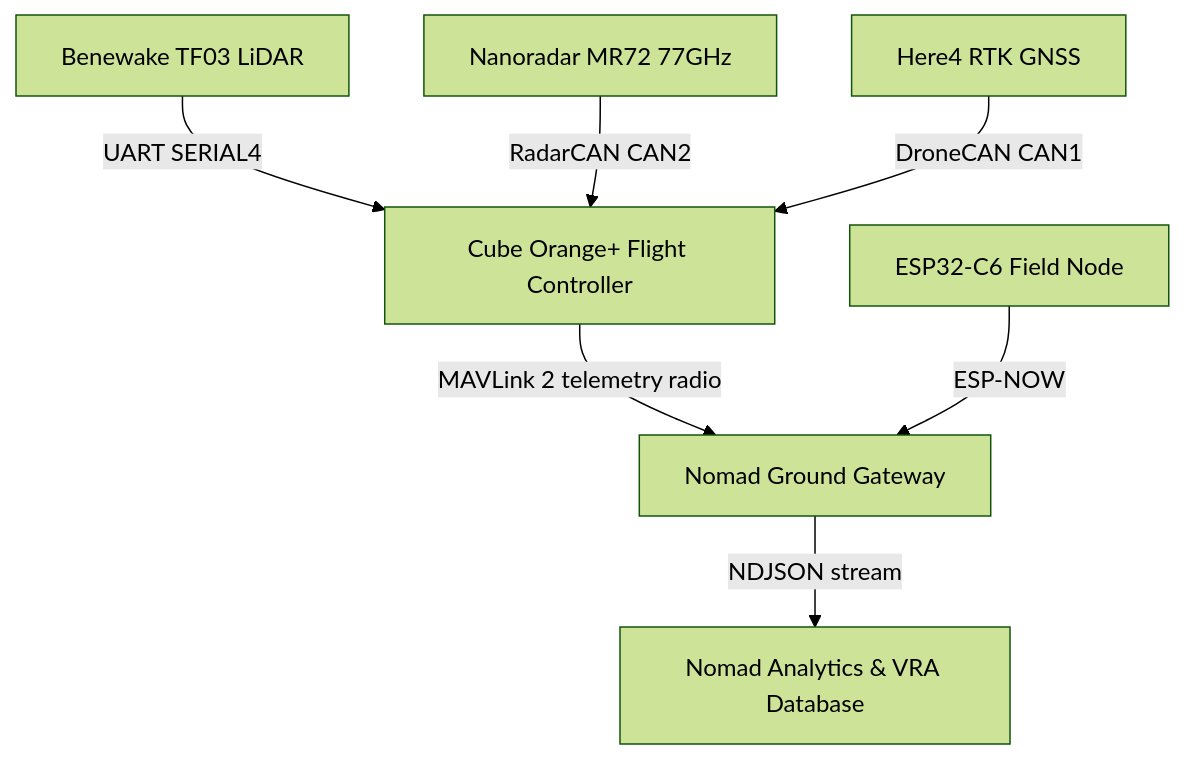
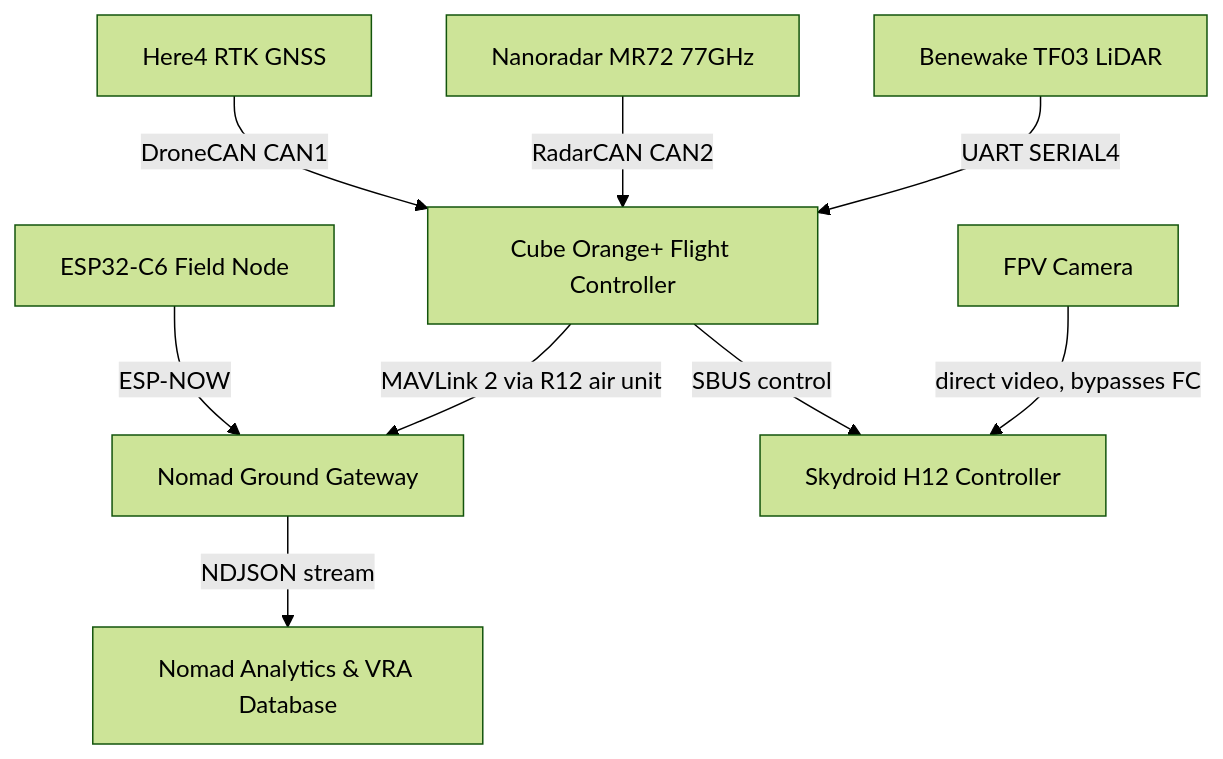
One commit to Duszed/Nomad-Aerospace-Flight-Systems changed the diagram in README.md. Above: the diagram before and after it, drawn with Mermaid (forest theme). The commit also changed other lines of this file, not shown here.

````diff
--- a/README.md
+++ b/README.md
@@ -33,9 +36,11 @@
 ```mermaid
 graph TD
-    A[Cube Orange+ Flight Controller] -->|MAVLink 2 telemetry radio| B[Nomad Ground Gateway]
+    A[Cube Orange+ Flight Controller] -->|MAVLink 2 via R12 air unit| B[Nomad Ground Gateway]
+    H[FPV Camera] -->|direct video, bypasses FC| I[Skydroid H12 Controller]
+    A -->|SBUS control| I
     C[Benewake TF03 LiDAR] -->|UART SERIAL4| A
     D[Nanoradar MR72 77GHz] -->|RadarCAN CAN2| A
     G[Here4 RTK GNSS] -->|DroneCAN CAN1| A
     E[ESP32-C6 Field Node] -->|ESP-NOW| B
     B -->|NDJSON stream| F[Nomad Analytics & VRA Database]
 ```
````
